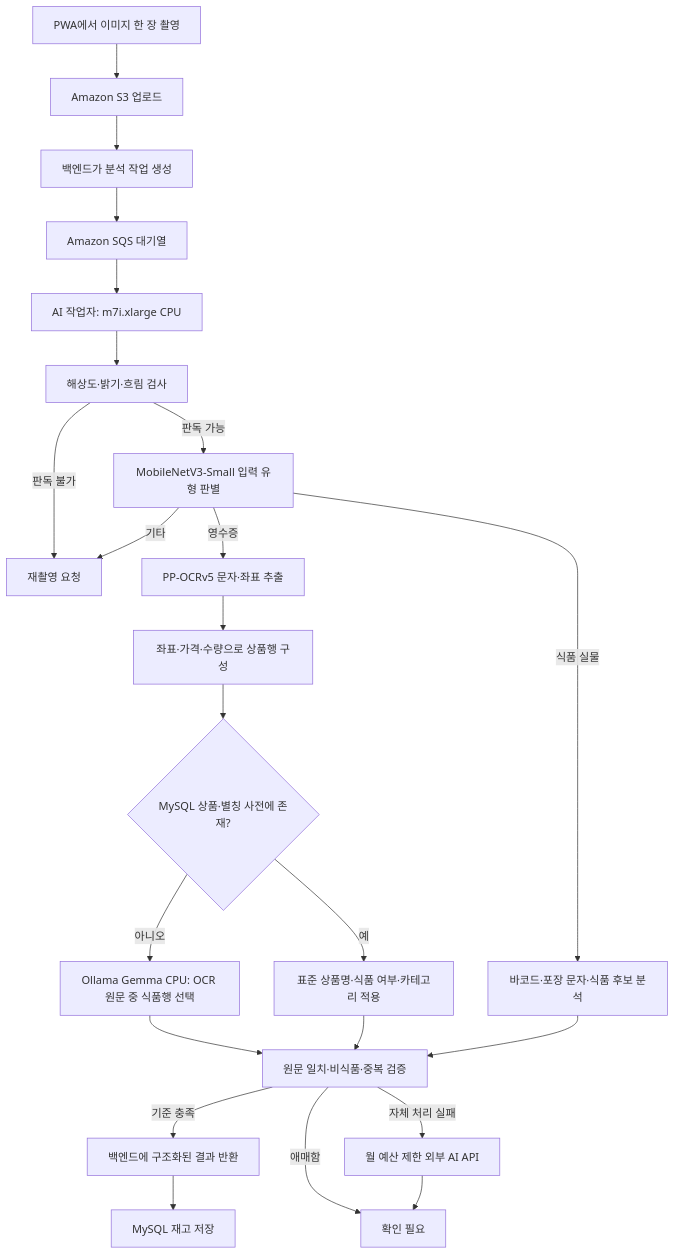
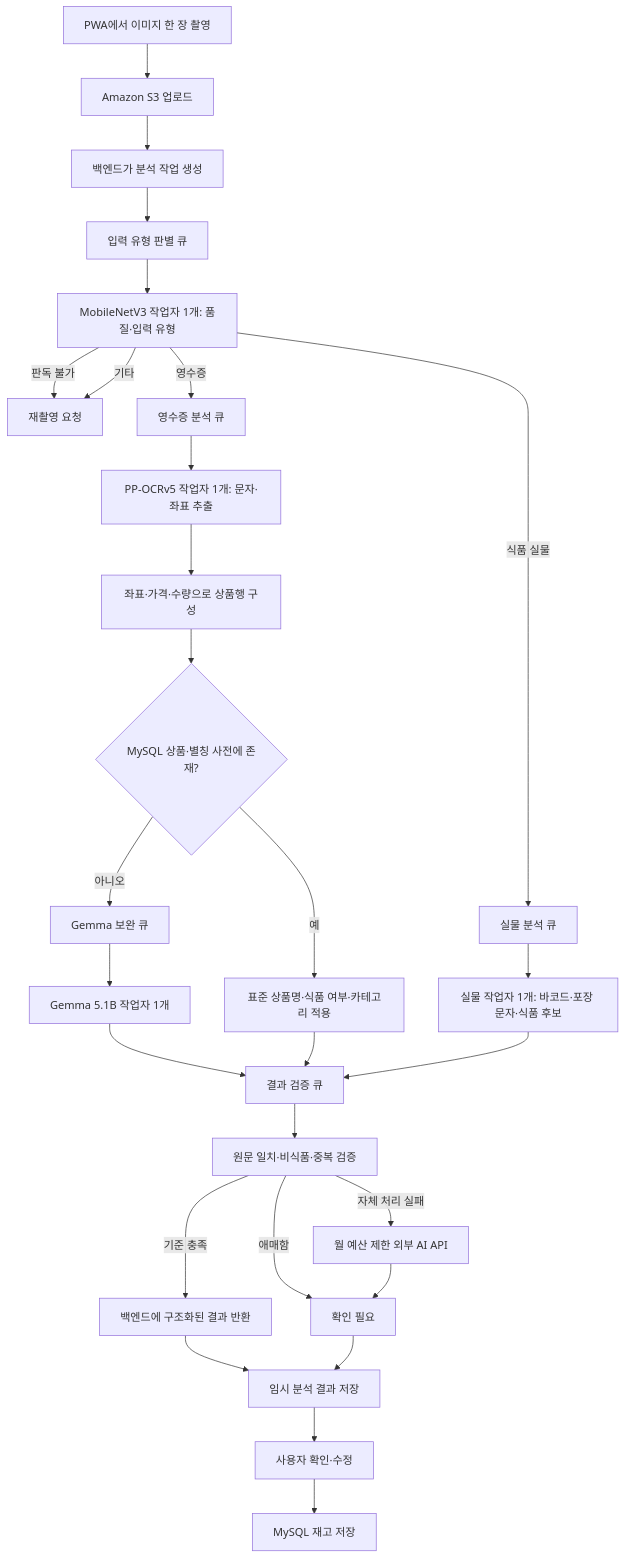
The first of 2 diagrams in model_optimization.md (100-hours-a-week/KTB4-5th-AI), drawn with Mermaid before and after one commit. The commit also changed other lines of this file and 3 other files, not shown here.

````diff
--- a/model_optimization.md
+++ b/model_optimization.md
@@ -73,25 +83,30 @@
 ```mermaid
 flowchart TD
     PWA[PWA에서 이미지 한 장 촬영] --> S3[Amazon S3 업로드]
     S3 --> API[백엔드가 분석 작업 생성]
-    API --> SQS[Amazon SQS 대기열]
-    SQS --> AI[AI 작업자: m7i.xlarge CPU]
-    AI --> QUALITY[해상도·밝기·흐림 검사]
+    API --> TQ[입력 유형 판별 큐]
+    TQ --> QUALITY[MobileNetV3 작업자 1개: 품질·입력 유형]
     QUALITY -- 판독 불가 --> RETAKE[재촬영 요청]
-    QUALITY -- 판독 가능 --> TYPE[MobileNetV3-Small 입력 유형 판별]
-    TYPE -- 기타 --> RETAKE
-    TYPE -- 영수증 --> OCR[PP-OCRv5 문자·좌표 추출]
-    TYPE -- 식품 실물 --> PRODUCT[바코드·포장 문자·식품 후보 분석]
+    QUALITY -- 기타 --> RETAKE
+    QUALITY -- 영수증 --> RQ[영수증 분석 큐]
+    QUALITY -- 식품 실물 --> PQ[실물 분석 큐]
+    RQ --> OCR[PP-OCRv5 작업자 1개: 문자·좌표 추출]
+    PQ --> PRODUCT[실물 작업자 1개: 바코드·포장 문자·식품 후보]
     OCR --> ROW[좌표·가격·수량으로 상품행 구성]
     ROW --> DB{MySQL 상품·별칭 사전에 존재?}
     DB -- 예 --> KNOWN[표준 상품명·식품 여부·카테고리 적용]
-    DB -- 아니오 --> GEMMA[Ollama Gemma CPU: OCR 원문 중 식품행 선택]
-    GEMMA --> CHECK[원문 일치·비식품·중복 검증]
-    KNOWN --> CHECK
-    PRODUCT --> CHECK
+    DB -- 아니오 --> GQ[Gemma 보완 큐]
+    GQ --> GEMMA[Gemma 5.1B 작업자 1개]
+    GEMMA --> VQ[결과 검증 큐]
+    KNOWN --> VQ
+    PRODUCT --> VQ
+    VQ --> CHECK[원문 일치·비식품·중복 검증]
     CHECK -- 기준 충족 --> RESULT[백엔드에 구조화된 결과 반환]
     CHECK -- 애매함 --> REVIEW[확인 필요]
     CHECK -- 자체 처리 실패 --> EXTERNAL[월 예산 제한 외부 AI API]
     EXTERNAL --> REVIEW
-    RESULT --> MYSQL[MySQL 재고 저장]
+    RESULT --> TEMP[임시 분석 결과 저장]
+    REVIEW --> TEMP
+    TEMP --> USER[사용자 확인·수정]
+    USER --> MYSQL[MySQL 재고 저장]
 ```
````
